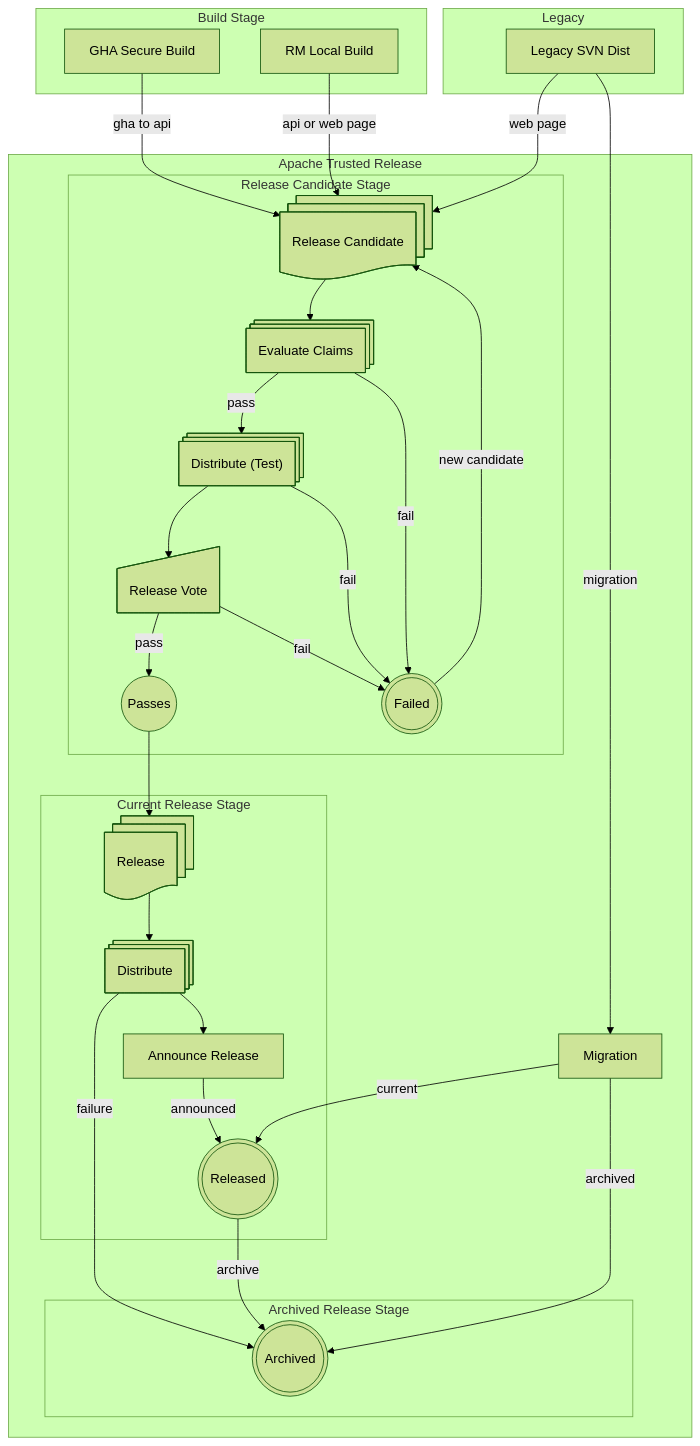
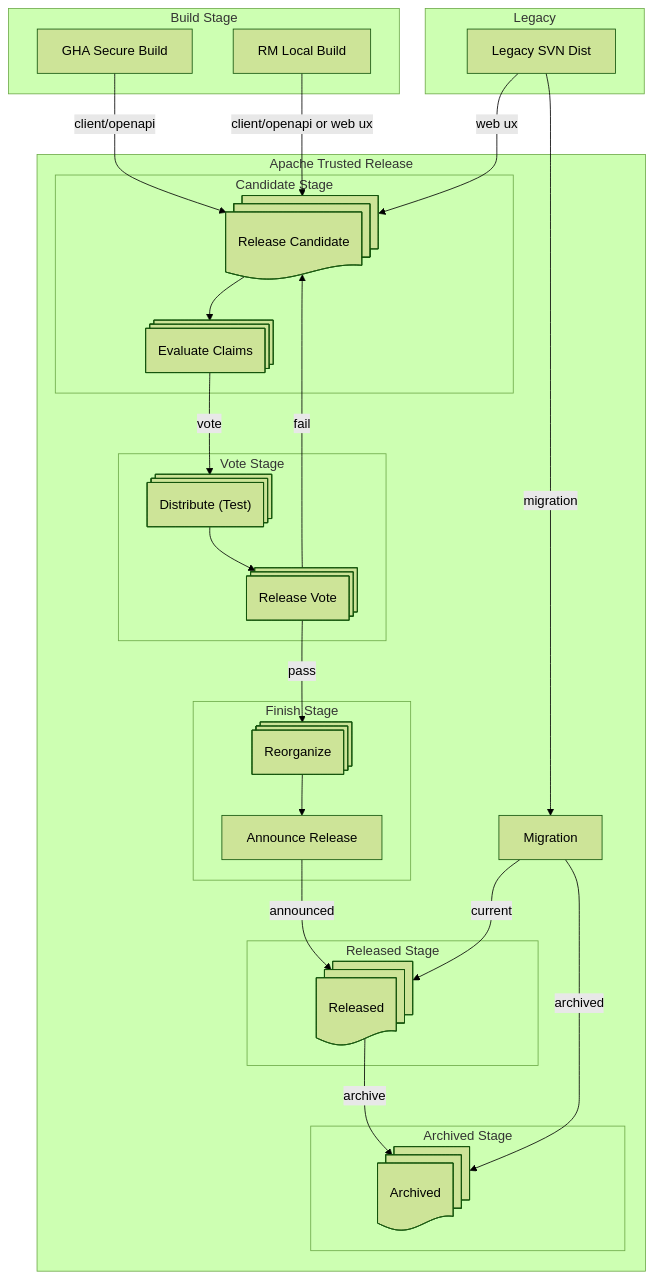
One commit to jbampton/tooling-docs changed the diagram in apache-trusted-release/lifecycle.md. Above: the diagram before and after it, drawn with Mermaid (forest theme). The commit also changed other lines of this file, not shown here.

Commit message:
Update lifecycle to match the current state of the ATR Alpha

````diff
--- a/apache-trusted-release/lifecycle.md
+++ b/apache-trusted-release/lifecycle.md
@@ -11,50 +9,45 @@
 ```mermaid
 flowchart TD
     subgraph Build Stage
     A[GHA Secure Build]
     BB[RM Local Build]
     end
     subgraph Legacy
     B[Legacy SVN Dist]
     end
     subgraph Apache Trusted Release
     C@{ shape: docs, label: "Release Candidate" }
-    A -->|gha to api| C
-    BB -->|api or web page| C
-    B -->|web page| C
-    subgraph Release Candidate Stage
+    A -->|client/openapi| C
+    BB -->|client/openapi or web ux| C
+    B -->|web ux| C
+    subgraph Candidate Stage
     D@{ shape: processes, label: "Evaluate Claims" }
     C --> D
+    end
+    subgraph Vote Stage
     GG@{ shape: processes, label: "Distribute (Test)" }
-    E@{ shape: sl-rect, label: "Release Vote" }
-    JJJ@{ shape: circ, label: "Passes" }
-    F@{ shape: dbl-circ, label: "Failed" }
-    E -->|pass| JJJ
-    E -->|fail| F
-    GG -->|fail| F
-    D -->|fail| F
-    F -->|new candidate| C
-    D -->|pass| GG
+    E@{ shape: processes, label: "Release Vote" }
+    E -->|fail| C
+    D -->|vote| GG
     GG --> E
     end
     II[Migration]
-    subgraph Current Release Stage
-    JJ@{ shape: docs, label: "Release" }
-    JJJ --> JJ
-    G@{ shape: processes, label: "Distribute" }
+    subgraph Finish Stage
+    G@{ shape: processes, label: "Reorganize" }
+    E -->|pass| G
+    I[Announce Release]
     G --> I
-    I[Announce Release]
-    JJ --> G
-    J@{ shape: dbl-circ, label: "Released" }
+    end
+    subgraph Released Stage
+    J@{ shape: docs, label: "Released" }
     I -->|announced| J
     end
     B -->|migration| II
     II -->|current| J
-    subgraph Archived Release Stage
-    K@{ shape: dbl-circ, label: "Archived" }
+    subgraph Archived Stage
+    K@{ shape: docs, label: "Archived" }
     end
-    G -->|failure| K
     J -->|archive| K
     II -->|archived| K
     end
 ```
````
